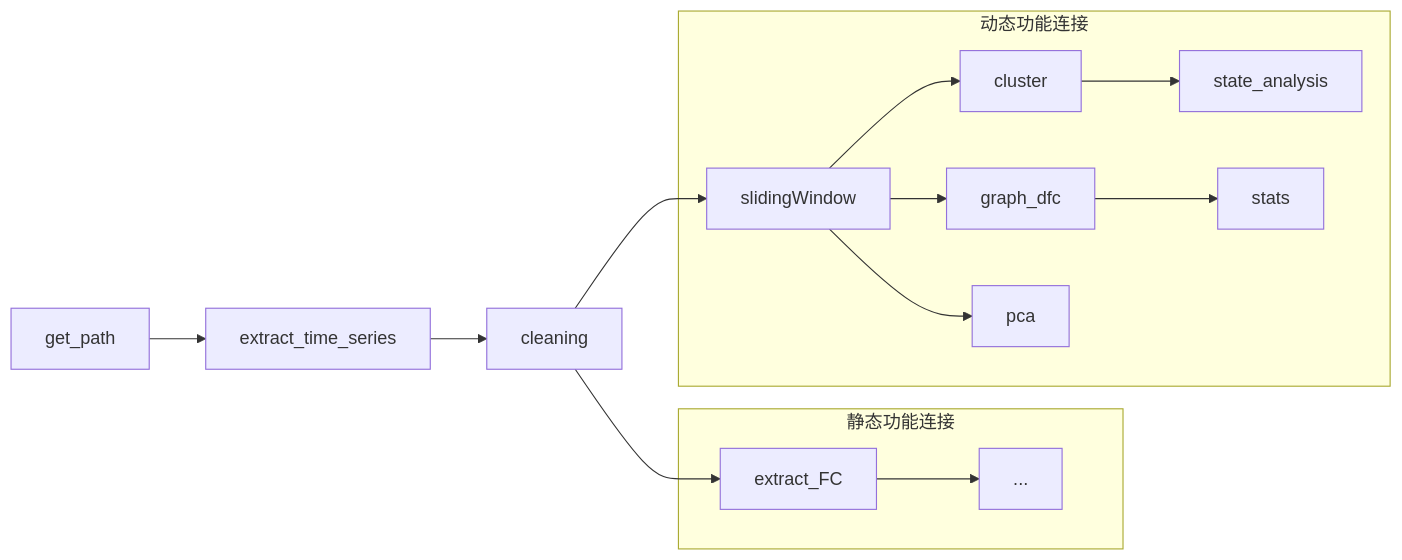
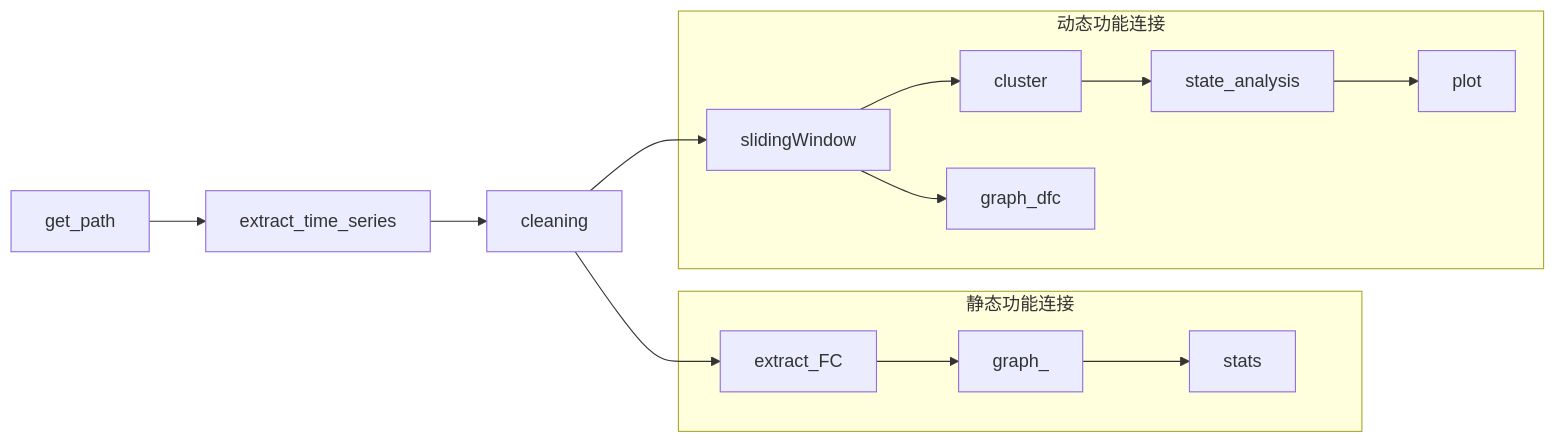
The diagram in README.md (miracleXL/es-fmri), drawn with Mermaid before and after one commit. The commit also changed other lines of this file and 2 other files, not shown here.

````diff
--- a/README.md
+++ b/README.md
@@ -20,17 +26,17 @@
 ```mermaid
 graph LR
     get_path --> extract_time_series;
     extract_time_series --> cleaning;
     cleaning --> slidingWindow;
     cleaning --> extract_FC;
     subgraph 静态功能连接
-    extract_FC --> ...;
+    extract_FC --> graph_;
+    graph_ --> stats;
     end
     subgraph 动态功能连接
     slidingWindow --> cluster;
     slidingWindow --> graph_dfc;
-    slidingWindow --> pca;
     cluster --> state_analysis;
-    graph_dfc --> stats;
+    state_analysis --> plot;
     end
 ```
````
